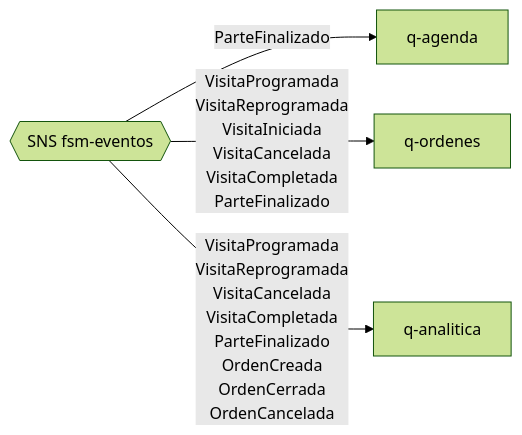
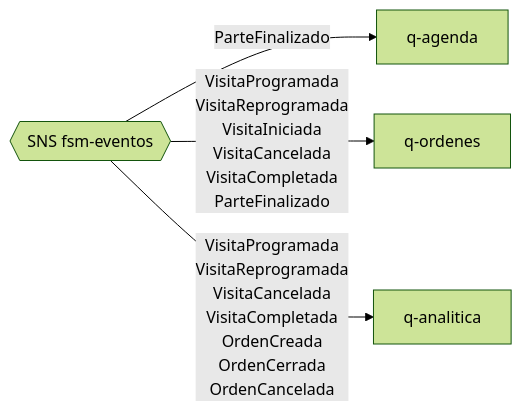
Before and after one commit to rvcuba-utec/cloud-project-v2: the second of 2 diagrams in ideas/aws-architecture.md, drawn with Mermaid (forest theme). The commit also changed other lines of this file and 25 other files, not shown here.

First line of the commit message:
docs: arquitectura, propuesta y diagrama según lo desplegado; API, datos, demo y evidencias

````diff
--- a/ideas/aws-architecture.md
+++ b/ideas/aws-architecture.md
@@ -186,10 +193,10 @@
 ```mermaid
 flowchart LR
     SNS{{"SNS fsm-eventos"}}
 
     SNS -->|"ParteFinalizado"| QAG["q-agenda"]
 
     SNS -->|"VisitaProgramada<br/>VisitaReprogramada<br/>VisitaIniciada<br/>VisitaCancelada<br/>VisitaCompletada<br/>ParteFinalizado"| QOR["q-ordenes"]
 
-    SNS -->|"VisitaProgramada<br/>VisitaReprogramada<br/>VisitaCancelada<br/>VisitaCompletada<br/>ParteFinalizado<br/>OrdenCreada<br/>OrdenCerrada<br/>OrdenCancelada"| QAN["q-analitica"]
+    SNS -->|"VisitaProgramada<br/>VisitaReprogramada<br/>VisitaCancelada<br/>VisitaCompletada<br/>OrdenCreada<br/>OrdenCerrada<br/>OrdenCancelada"| QAN["q-analitica"]
 ```
````
